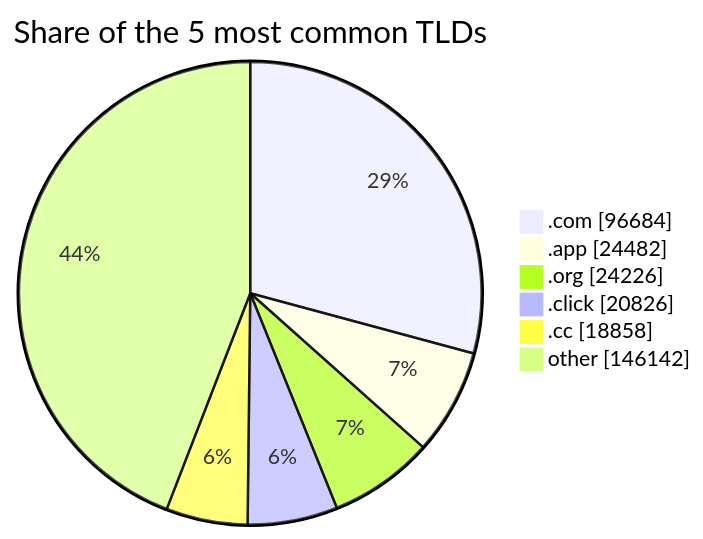
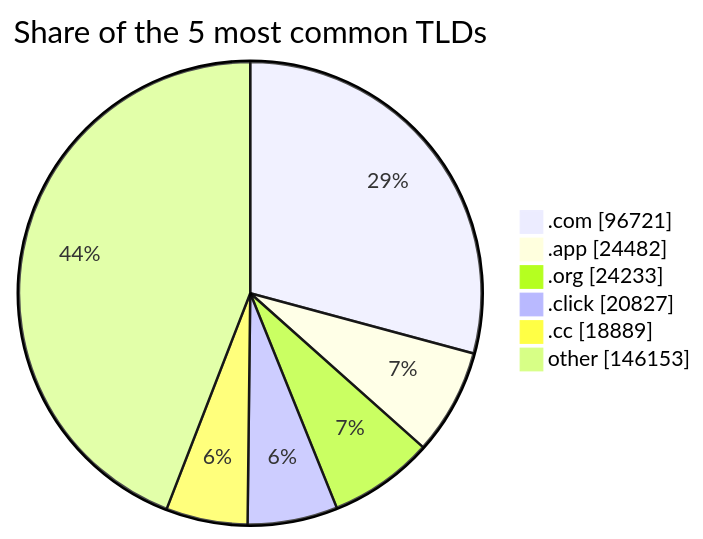
Before and after one commit to DNSBunker/CTI: the third of 3 diagrams in README.md, drawn with Mermaid. The commit also changed other lines of this file and 4 other files, not shown here.

````diff
--- a/README.md
+++ b/README.md
@@ -81,9 +81,9 @@
 ```mermaid
 pie showData title Share of the 5 most common TLDs
-    ".com" : 96684
+    ".com" : 96721
     ".app" : 24482
-    ".org" : 24226
-    ".click" : 20826
-    ".cc" : 18858
-    "other" : 146142
+    ".org" : 24233
+    ".click" : 20827
+    ".cc" : 18889
+    "other" : 146153
 ```
````
